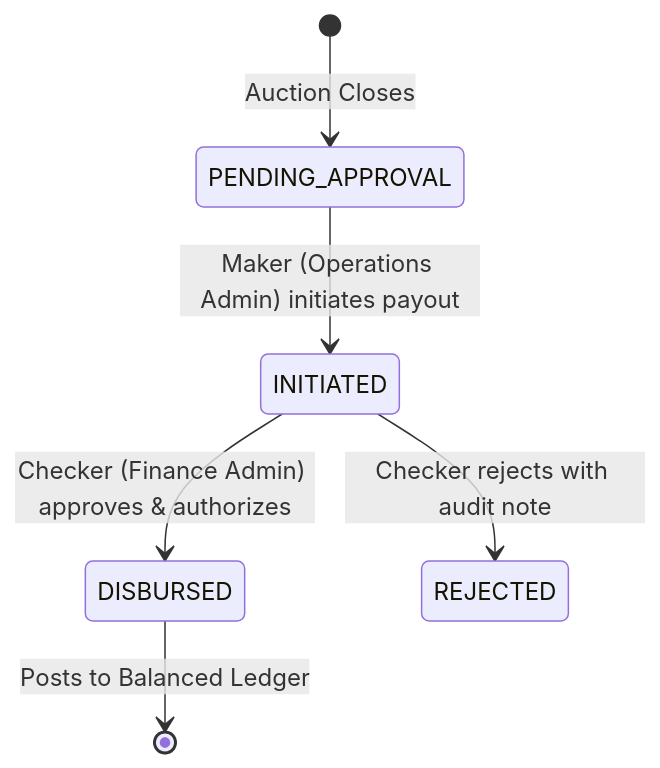
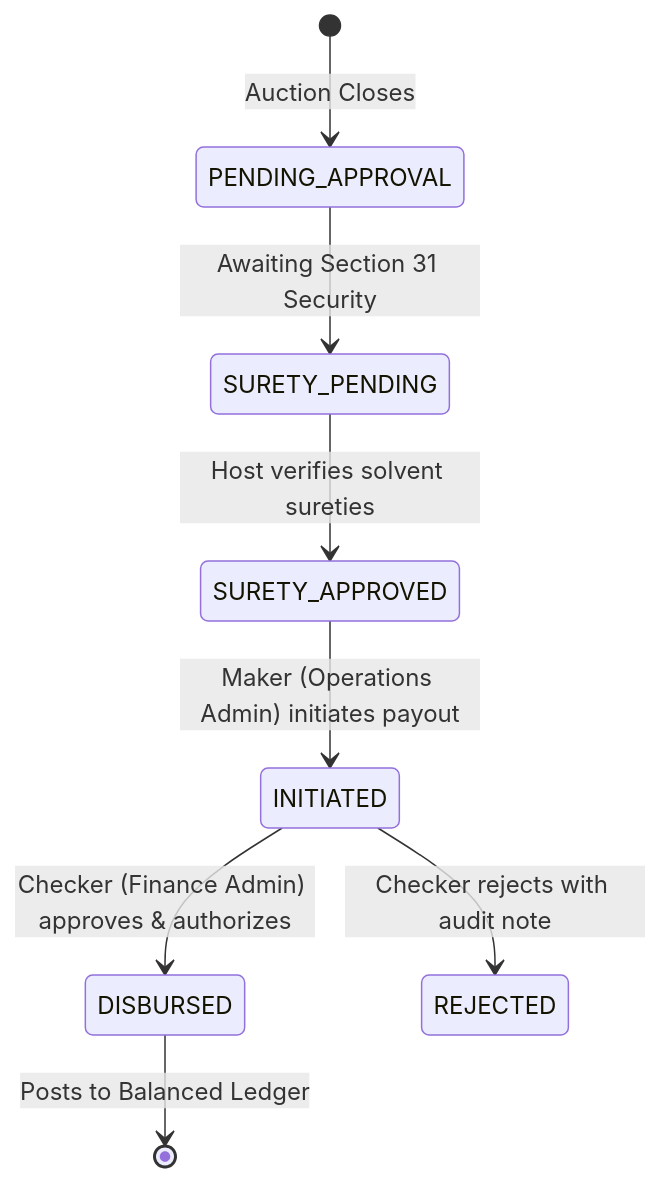
One commit to Harshith12-dot/chit-fund-platform changed the fifth of 5 diagrams in ARCHITECTURE.md. Above: the diagram before and after it, drawn with Mermaid. The commit also changed other lines of this file and 13 other files, not shown here.

````diff
--- a/ARCHITECTURE.md
+++ b/ARCHITECTURE.md
@@ -117,8 +171,10 @@
 ```mermaid
 stateDiagram-v2
     [*] --> PENDING_APPROVAL: Auction Closes
-    PENDING_APPROVAL --> INITIATED: Maker (Operations Admin) initiates payout
+    PENDING_APPROVAL --> SURETY_PENDING: Awaiting Section 31 Security
+    SURETY_PENDING --> SURETY_APPROVED: Host verifies solvent sureties
+    SURETY_APPROVED --> INITIATED: Maker (Operations Admin) initiates payout
     INITIATED --> DISBURSED: Checker (Finance Admin) approves & authorizes
     INITIATED --> REJECTED: Checker rejects with audit note
     DISBURSED --> [*]: Posts to Balanced Ledger
 ```
````
